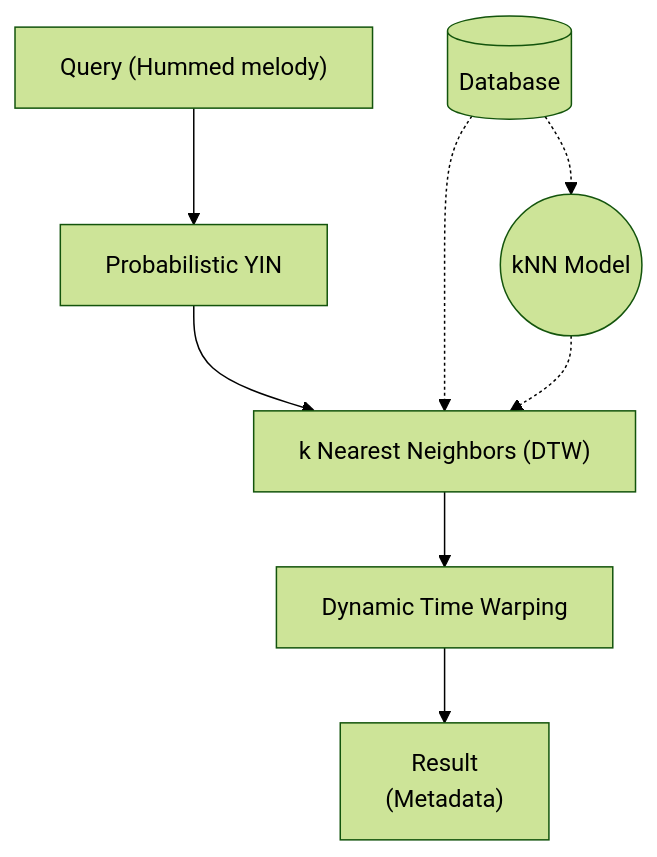
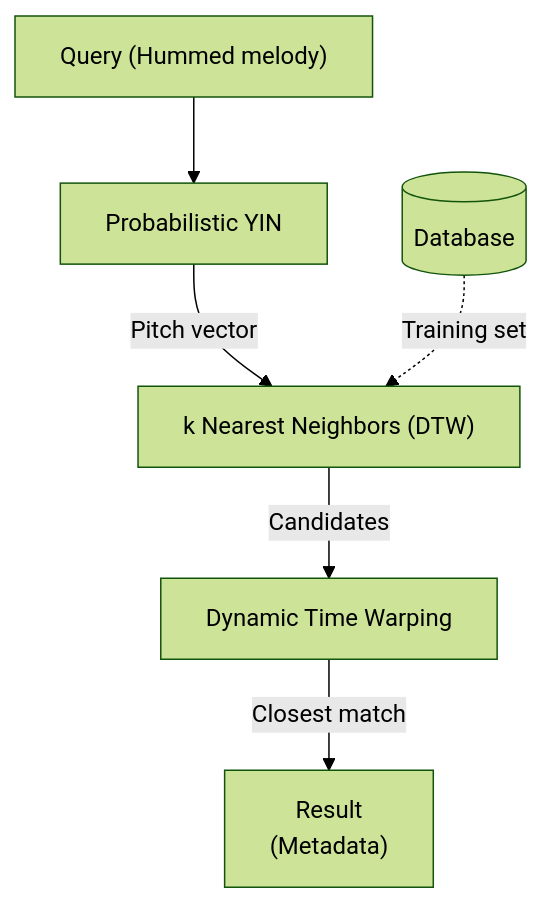
One commit to vivekvjyn/strawberry-fields changed the diagram in README.md. Above: the diagram before and after it, drawn with Mermaid (forest theme). The commit also changed other lines of this file, not shown here.

````diff
--- a/README.md
+++ b/README.md
@@ -68,10 +68,8 @@
 ```mermaid
 graph TD;
     A["Query (Hummed melody)"] --> B["Probabilistic YIN"];
-    G(("kNN Model")) -.-> C
-    B --> C["k Nearest Neighbors (DTW)"];
-    C --> D["Dynamic Time Warping"];
-    D --> E["Result\n(Metadata)"];
-    F[("Database")] -.-> C
-    F -.-> G
+    B -->|Pitch vector| C["k Nearest Neighbors (DTW)"];
+    C -->|Candidates| D["Dynamic Time Warping"];
+    D -->|Closest match| E["Result\n(Metadata)"];
+    F[("Database")] -.->|Training set| C
 ```
````
